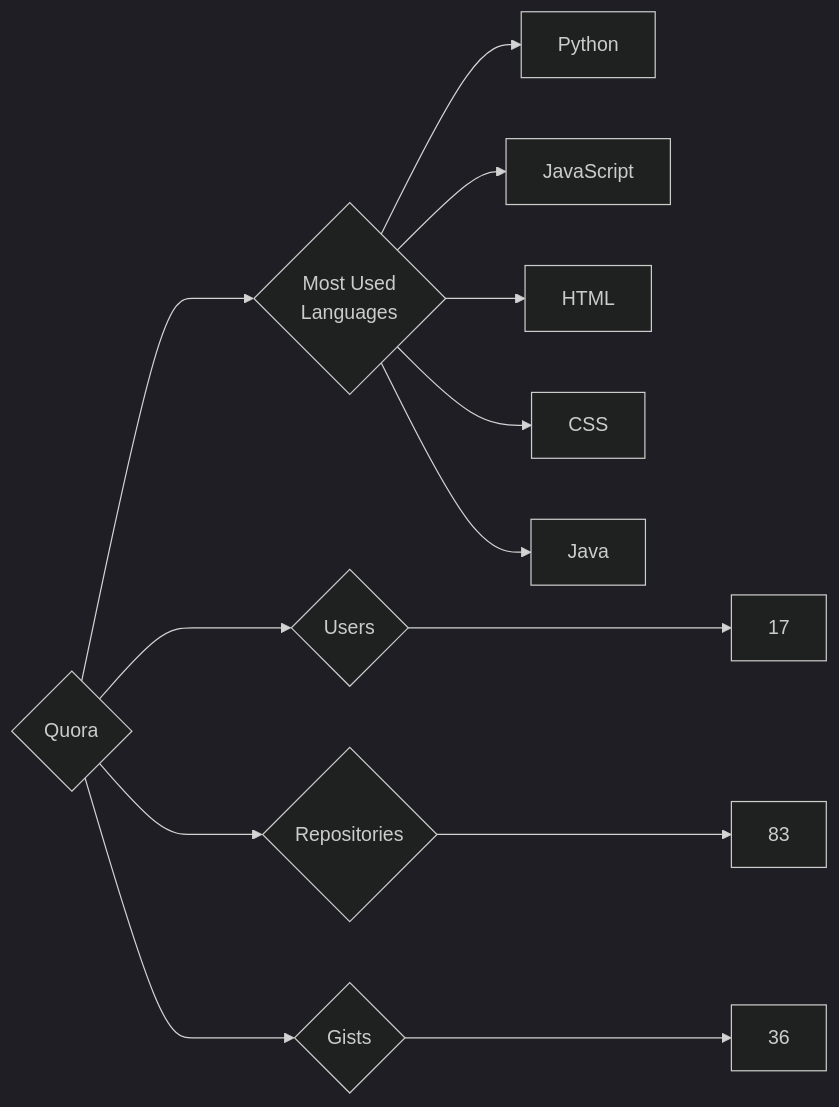
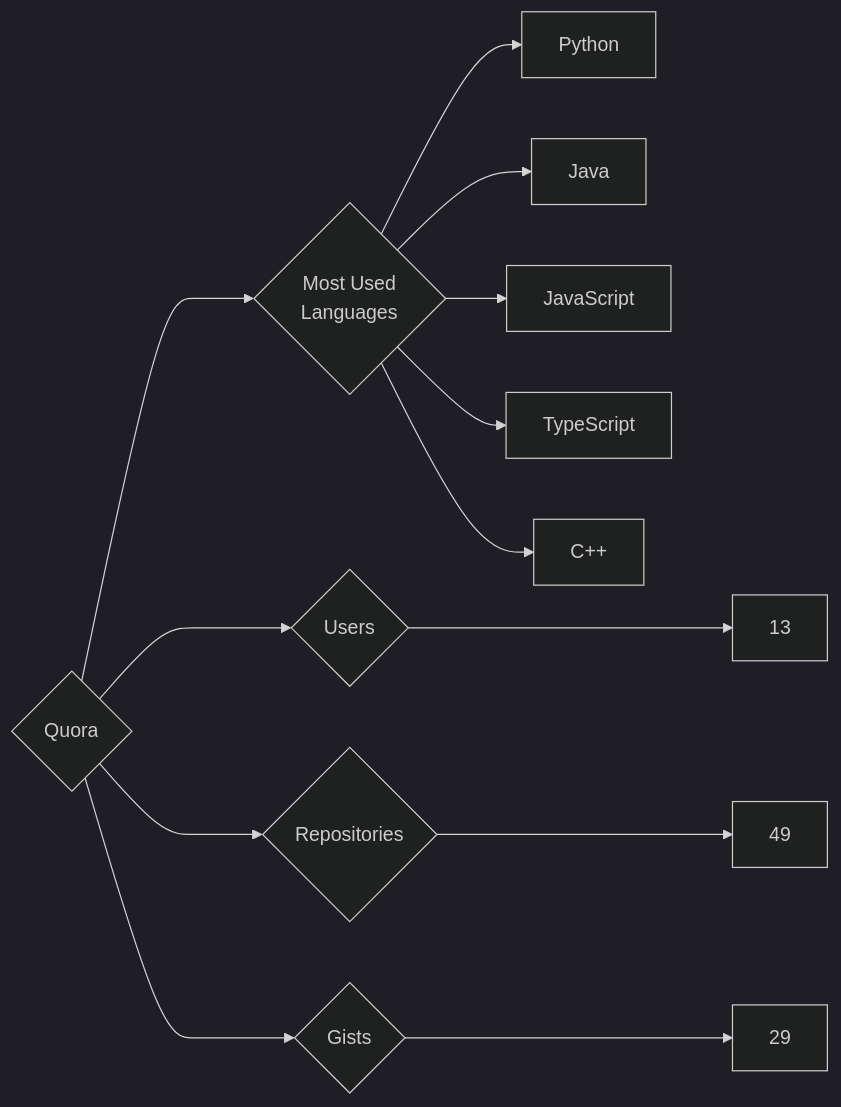
Before and after one commit to trickest/insiders: the diagram in targets/Quora/README.md, drawn with Mermaid (dark theme). The commit also changed 1011 other files, not shown here.

````diff
--- a/targets/Quora/README.md
+++ b/targets/Quora/README.md
@@ -3,13 +3,13 @@
 ```mermaid
 graph LR
 COMPANY_NAME{Quora}
-COMPANY_NAME ---> U{Users} ---> UN[17]
-COMPANY_NAME ---> R{Repositories} ---> RN[83]
-COMPANY_NAME ---> G{Gists} ---> GN[36]
+COMPANY_NAME ---> U{Users} ---> UN[13]
+COMPANY_NAME ---> R{Repositories} ---> RN[49]
+COMPANY_NAME ---> G{Gists} ---> GN[29]
 COMPANY_NAME ---> ML{Most Used<br>Languages}
 ML --> Python[Python]
+ML --> Java[Java]
 ML --> JavaScript[JavaScript]
-ML --> HTML[HTML]
-ML --> CSS[CSS]
-ML --> Java[Java]
+ML --> TypeScript[TypeScript]
+ML --> C++[C++]
 ```
````
